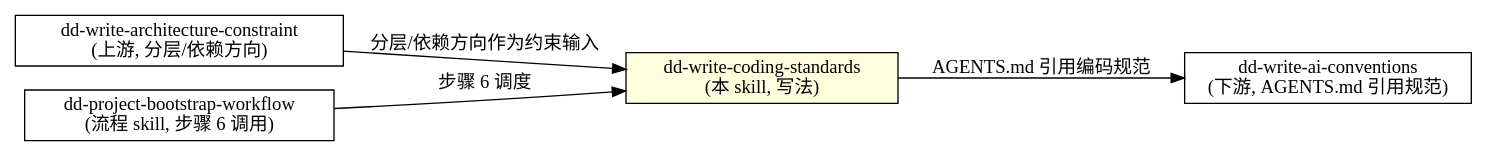
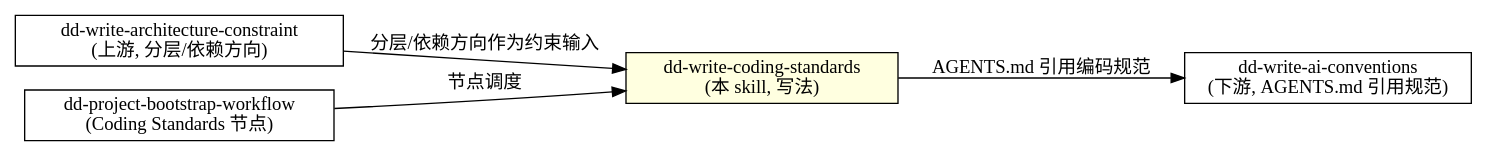
Before and after one commit to marcocpt/trae_skills: the third of 3 diagrams in dd-write-coding-standards/SKILL.md, drawn with Graphviz. The commit also changed other lines of this file and 2 other files, not shown here.

Commit message:
refactor(skills): align architecture quality and host rules

````diff
--- a/dd-write-coding-standards/SKILL.md
+++ b/dd-write-coding-standards/SKILL.md
@@ -215,14 +235,14 @@
 ```dot
 digraph skill_relation {
     rankdir=LR;
     node [shape=box];
     arch [label="dd-write-architecture-constraint\n(上游, 分层/依赖方向)"];
     self [label="dd-write-coding-standards\n(本 skill, 写法)", shape=box, style=filled, fillcolor=lightyellow];
     ai [label="dd-write-ai-conventions\n(下游, AGENTS.md 引用规范)"];
-    flow [label="dd-project-bootstrap-workflow\n(流程 skill, 步骤 6 调用)"];
+    flow [label="dd-project-bootstrap-workflow\n(Coding Standards 节点)"];
 
     arch -> self [label="分层/依赖方向作为约束输入"];
     self -> ai [label="AGENTS.md 引用编码规范"];
-    flow -> self [label="步骤 6 调度"];
+    flow -> self [label="节点调度"];
 }
 ```
````
